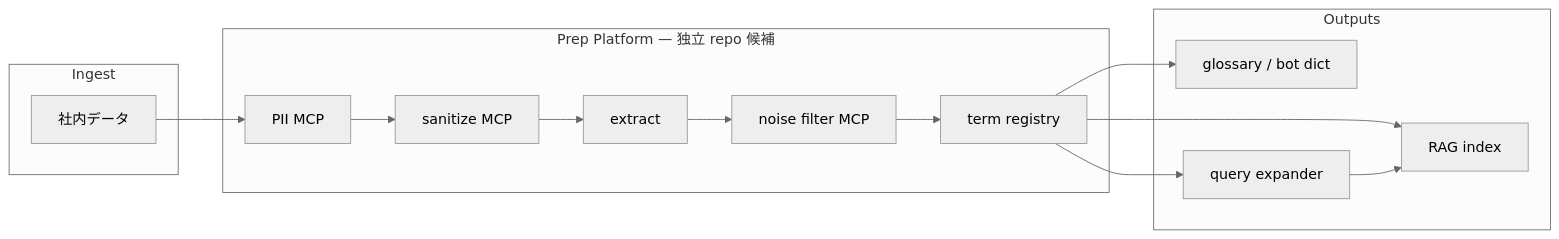
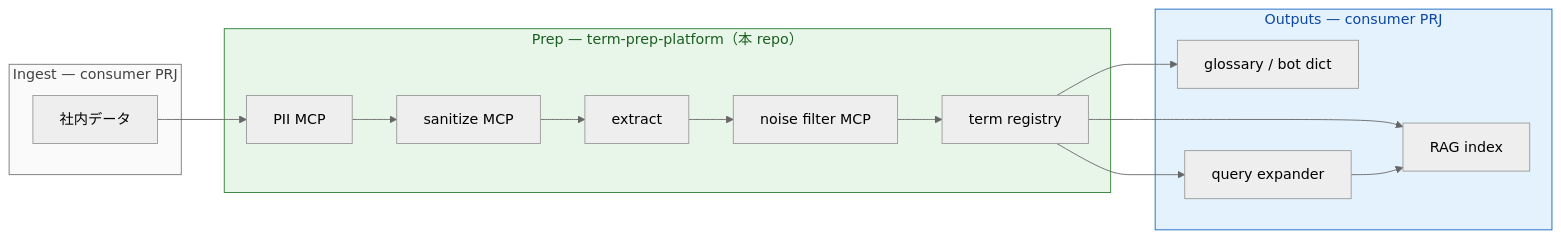
One commit to wombat2006/term-prep-platform changed the diagram in README.md. Above: the diagram before and after it, drawn with Mermaid (neutral theme). The commit also changed other lines of this file and 8 other files, not shown here.

First line of the commit message:
docs: document platform scope and update UML diagrams

````diff
--- a/README.md
+++ b/README.md
@@ -19,23 +67,27 @@
 ```mermaid
 flowchart LR
-  subgraph ingest [Ingest]
+  subgraph ingest ["Ingest — consumer PRJ"]
     D[社内データ]
   end
-  subgraph prep [Prep Platform — 独立 repo 候補]
+  subgraph prep ["Prep — term-prep-platform（本 repo）"]
     PII[PII MCP]
     SAN[sanitize MCP]
     EXT[extract]
     NF[noise filter MCP]
     REG[term registry]
   end
-  subgraph out [Outputs]
+  subgraph out ["Outputs — consumer PRJ"]
     RAG[RAG index]
     GLO[glossary / bot dict]
     QX[query expander]
   end
   D --> PII --> SAN --> EXT --> NF --> REG
   REG --> RAG
   REG --> GLO
   REG --> QX
   QX --> RAG
+
+  style prep fill:#e8f5e9,stroke:#2e7d32,color:#1b5e20
+  style out fill:#e3f2fd,stroke:#1565c0,color:#0d47a1
+  style ingest fill:#fafafa,stroke:#757575,color:#424242
 ```
````
